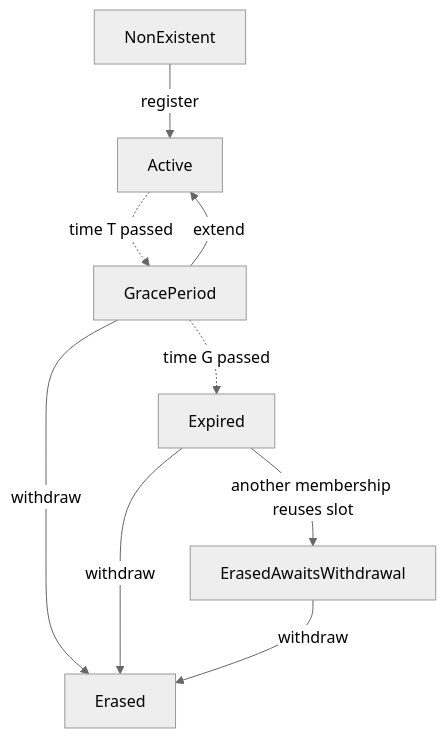
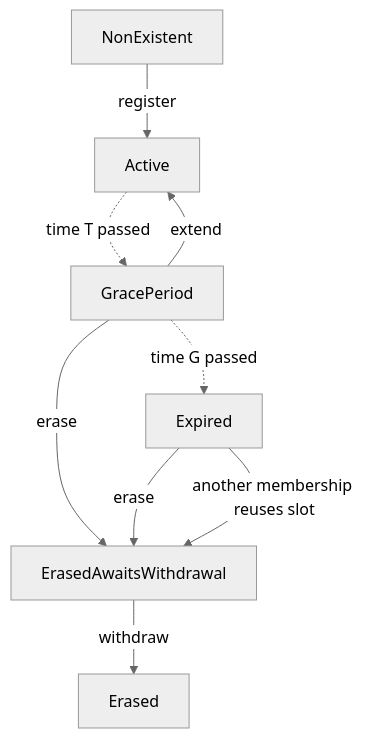
Before and after one commit to waku-org/specs: the diagram in standards/core/rln-contract.md, drawn with Mermaid (neutral theme). The commit also changed other lines of this file, not shown here.

Commit message:
separate withdraw and erase (in line with the implementation)

````diff
--- a/standards/core/rln-contract.md
+++ b/standards/core/rln-contract.md
@@ -88,12 +88,12 @@
 ```mermaid
 graph TD;
     NonExistent --> |"register"| Active;
     Active -.-> |"time T passed"| GracePeriod;
     GracePeriod --> |"extend"| Active;
     GracePeriod -.-> |"time G passed"| Expired;
-    GracePeriod --> |"withdraw"| Erased;
-    Expired --> |"withdraw"| Erased;
+    GracePeriod --> |"erase"| ErasedAwaitsWithdrawal;
+    Expired --> |"erase"| ErasedAwaitsWithdrawal;
     Expired --> |"another membership reuses slot"| ErasedAwaitsWithdrawal;
     ErasedAwaitsWithdrawal --> |"withdraw"| Erased;
 
 ```
````
